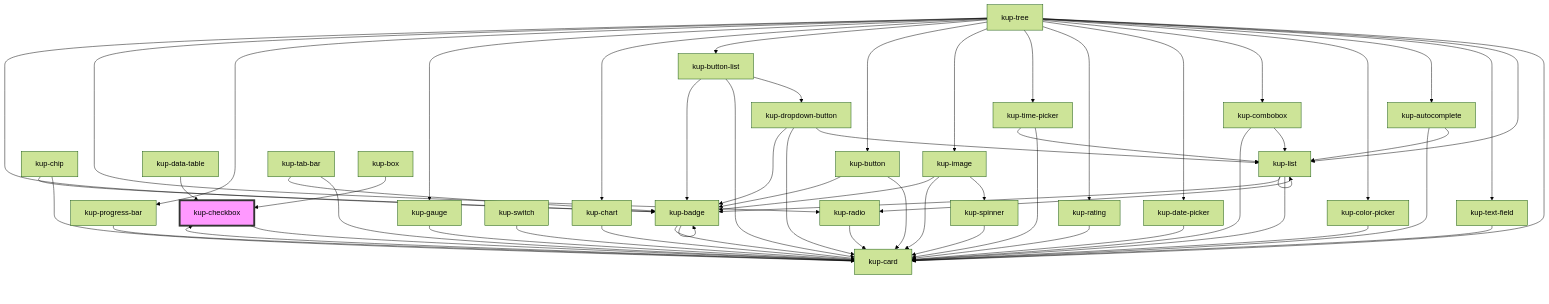
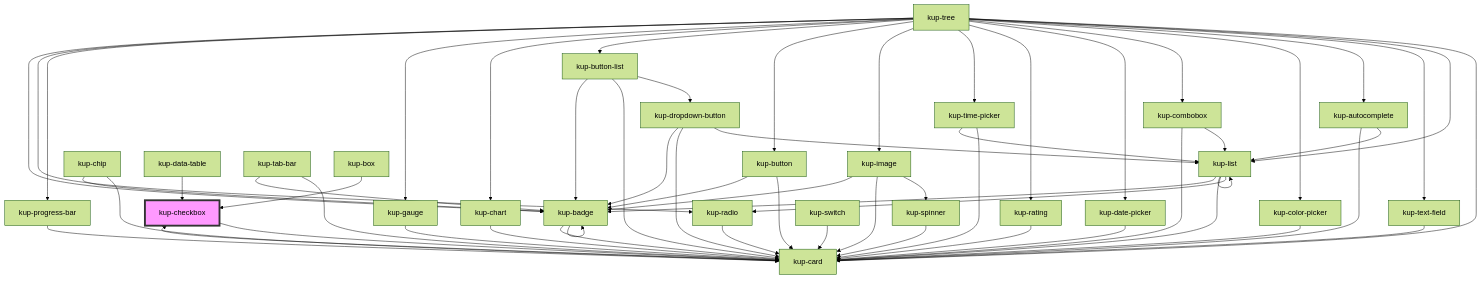
Before and after one commit to smeup/ketchup: the diagram in packages/ketchup/src/components/kup-checkbox/readme.md, drawn with Mermaid (forest theme). The commit also changed other lines of this file and 60 other files, not shown here.

Commit message:
kup-card: moved standard layout 16 to new family (box).

````diff
--- a/packages/ketchup/src/components/kup-checkbox/readme.md
+++ b/packages/ketchup/src/components/kup-checkbox/readme.md
@@ -95,62 +95,62 @@
 ```mermaid
 graph TD;
   kup-checkbox --> kup-card
   kup-card --> kup-checkbox
-  kup-badge --> kup-badge
-  kup-badge --> kup-card
-  kup-button --> kup-card
-  kup-button --> kup-badge
-  kup-chip --> kup-card
-  kup-chip --> kup-badge
+  kup-autocomplete --> kup-list
+  kup-autocomplete --> kup-card
   kup-list --> kup-list
   kup-list --> kup-radio
   kup-list --> kup-card
   kup-list --> kup-badge
   kup-radio --> kup-card
+  kup-badge --> kup-badge
+  kup-badge --> kup-card
+  kup-color-picker --> kup-card
   kup-combobox --> kup-list
   kup-combobox --> kup-card
-  kup-autocomplete --> kup-list
-  kup-autocomplete --> kup-card
   kup-date-picker --> kup-card
-  kup-text-field --> kup-card
+  kup-rating --> kup-card
   kup-time-picker --> kup-card
   kup-time-picker --> kup-list
-  kup-data-table --> kup-checkbox
-  kup-switch --> kup-card
-  kup-color-picker --> kup-card
-  kup-rating --> kup-card
   kup-image --> kup-spinner
   kup-image --> kup-card
   kup-image --> kup-badge
   kup-spinner --> kup-card
+  kup-button --> kup-card
+  kup-button --> kup-badge
   kup-button-list --> kup-dropdown-button
   kup-button-list --> kup-card
   kup-button-list --> kup-badge
   kup-dropdown-button --> kup-list
   kup-dropdown-button --> kup-card
   kup-dropdown-button --> kup-badge
   kup-chart --> kup-card
   kup-gauge --> kup-card
   kup-progress-bar --> kup-card
+  kup-chip --> kup-card
+  kup-chip --> kup-badge
+  kup-text-field --> kup-card
+  kup-data-table --> kup-checkbox
+  kup-switch --> kup-card
   kup-tab-bar --> kup-card
   kup-tab-bar --> kup-badge
   kup-tree --> kup-card
   kup-tree --> kup-list
   kup-tree --> kup-text-field
   kup-tree --> kup-autocomplete
   kup-tree --> kup-color-picker
   kup-tree --> kup-combobox
   kup-tree --> kup-date-picker
   kup-tree --> kup-rating
   kup-tree --> kup-time-picker
   kup-tree --> kup-image
   kup-tree --> kup-button
   kup-tree --> kup-button-list
   kup-tree --> kup-chart
   kup-tree --> kup-gauge
   kup-tree --> kup-progress-bar
   kup-tree --> kup-radio
   kup-tree --> kup-badge
   kup-box --> kup-checkbox
   style kup-checkbox fill:#f9f,stroke:#333,stroke-width:4px
 ```
````
